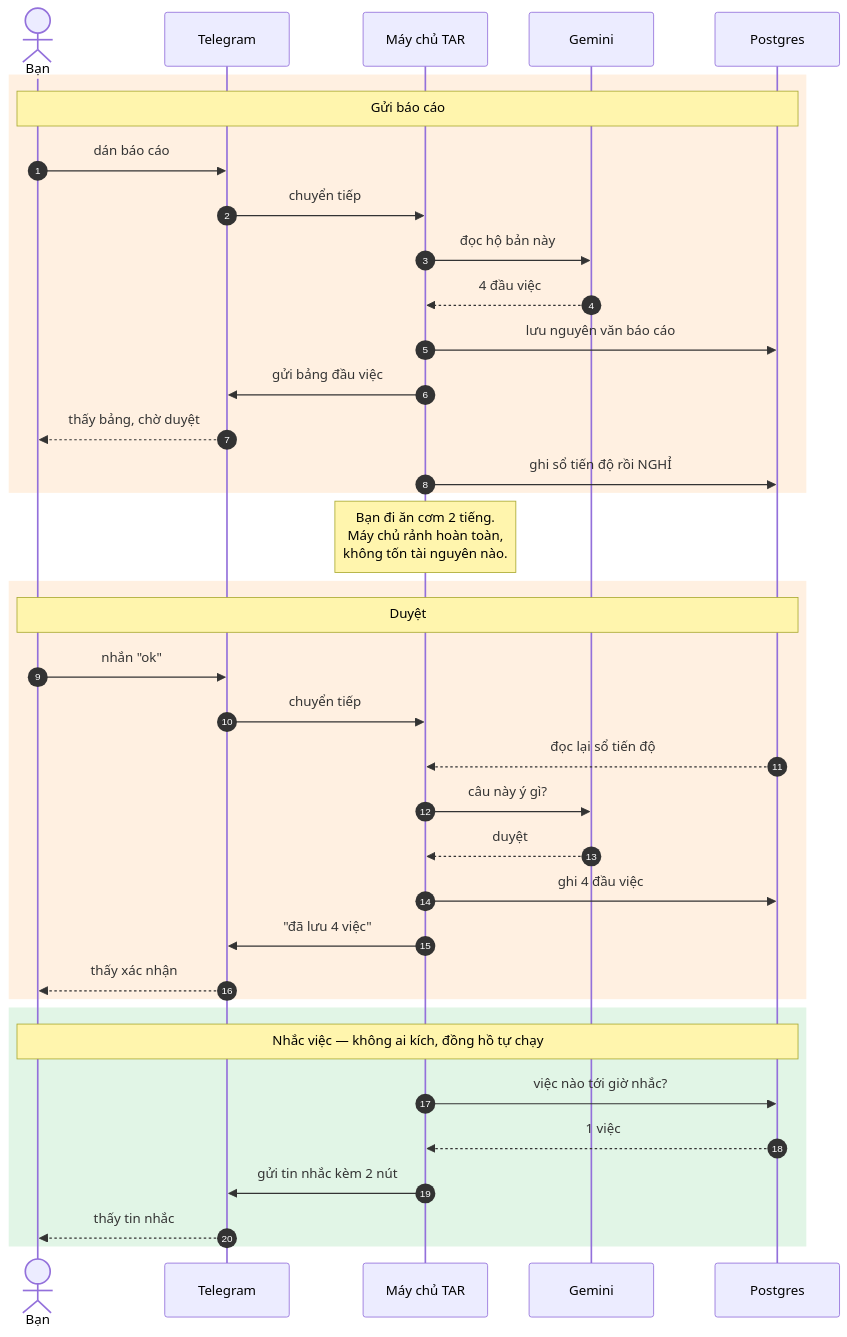
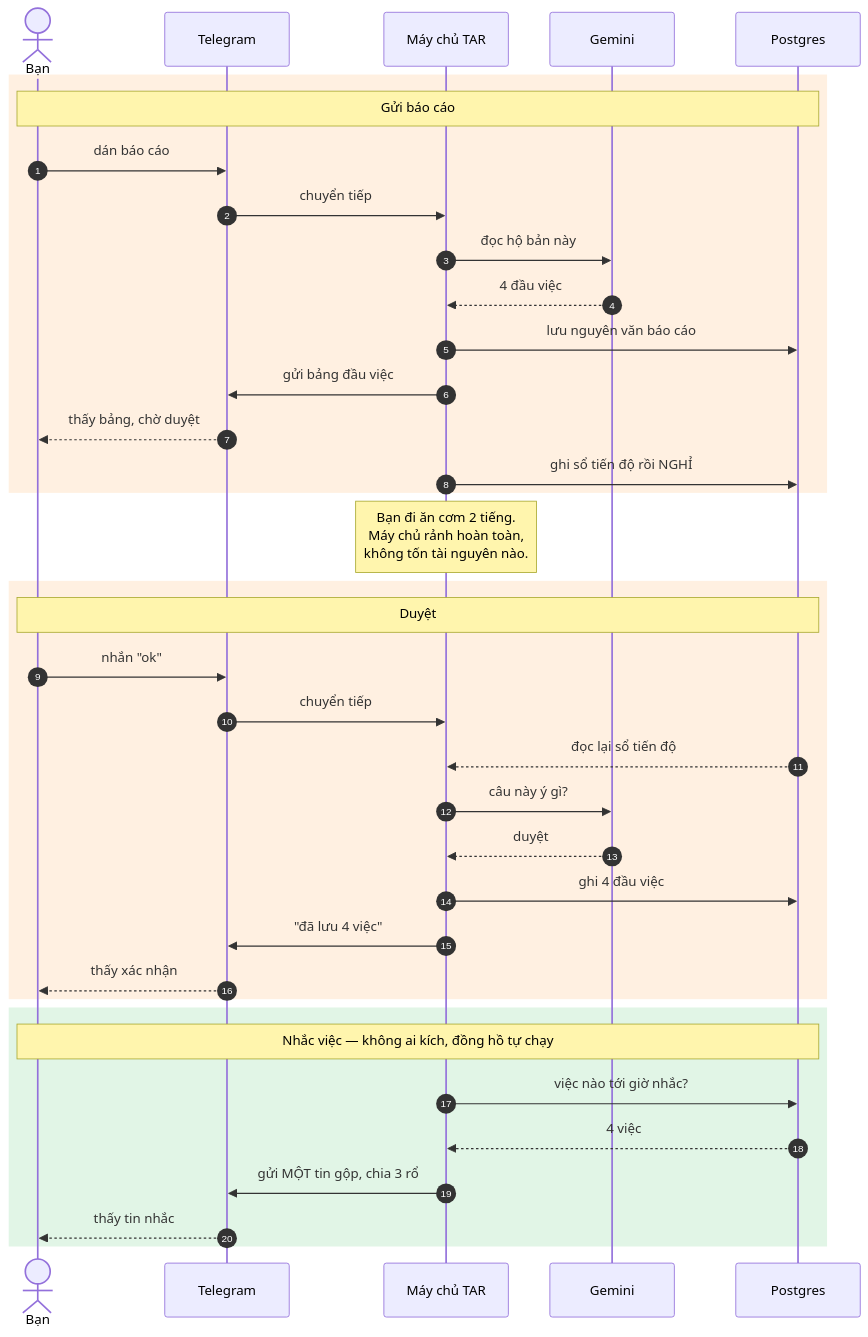
One commit to NguyenQuyenHacker/Telegram-Agent-Reminder-TAR- changed the second of 4 diagrams in docs/bai-noi-gioi-thieu.md. Above: the diagram before and after it, drawn with Mermaid. The commit also changed other lines of this file and 37 other files, not shown here.

````diff
--- a/docs/bai-noi-gioi-thieu.md
+++ b/docs/bai-noi-gioi-thieu.md
@@ -132,43 +129,43 @@
 ```mermaid
 sequenceDiagram
     autonumber
     actor Ban as Bạn
     participant TG as Telegram
     participant TAR as Máy chủ TAR
     participant AI as Gemini
     participant DB as Postgres
 
     rect rgb(255, 240, 225)
     note over Ban,DB: Gửi báo cáo
     Ban->>TG: dán báo cáo
     TG->>TAR: chuyển tiếp
     TAR->>AI: đọc hộ bản này
     AI-->>TAR: 4 đầu việc
     TAR->>DB: lưu nguyên văn báo cáo
     TAR->>TG: gửi bảng đầu việc
     TG-->>Ban: thấy bảng, chờ duyệt
     TAR->>DB: ghi sổ tiến độ rồi NGHỈ
     end
 
     note over TAR: Bạn đi ăn cơm 2 tiếng.<br/>Máy chủ rảnh hoàn toàn,<br/>không tốn tài nguyên nào.
 
     rect rgb(255, 240, 225)
     note over Ban,DB: Duyệt
     Ban->>TG: nhắn "ok"
     TG->>TAR: chuyển tiếp
     DB-->>TAR: đọc lại sổ tiến độ
     TAR->>AI: câu này ý gì?
     AI-->>TAR: duyệt
     TAR->>DB: ghi 4 đầu việc
     TAR->>TG: "đã lưu 4 việc"
     TG-->>Ban: thấy xác nhận
     end
 
     rect rgb(225, 245, 230)
     note over Ban,DB: Nhắc việc — không ai kích, đồng hồ tự chạy
     TAR->>DB: việc nào tới giờ nhắc?
-    DB-->>TAR: 1 việc
-    TAR->>TG: gửi tin nhắc kèm 2 nút
+    DB-->>TAR: 4 việc
+    TAR->>TG: gửi MỘT tin gộp, chia 3 rổ
     TG-->>Ban: thấy tin nhắc
     end
 ```
````
